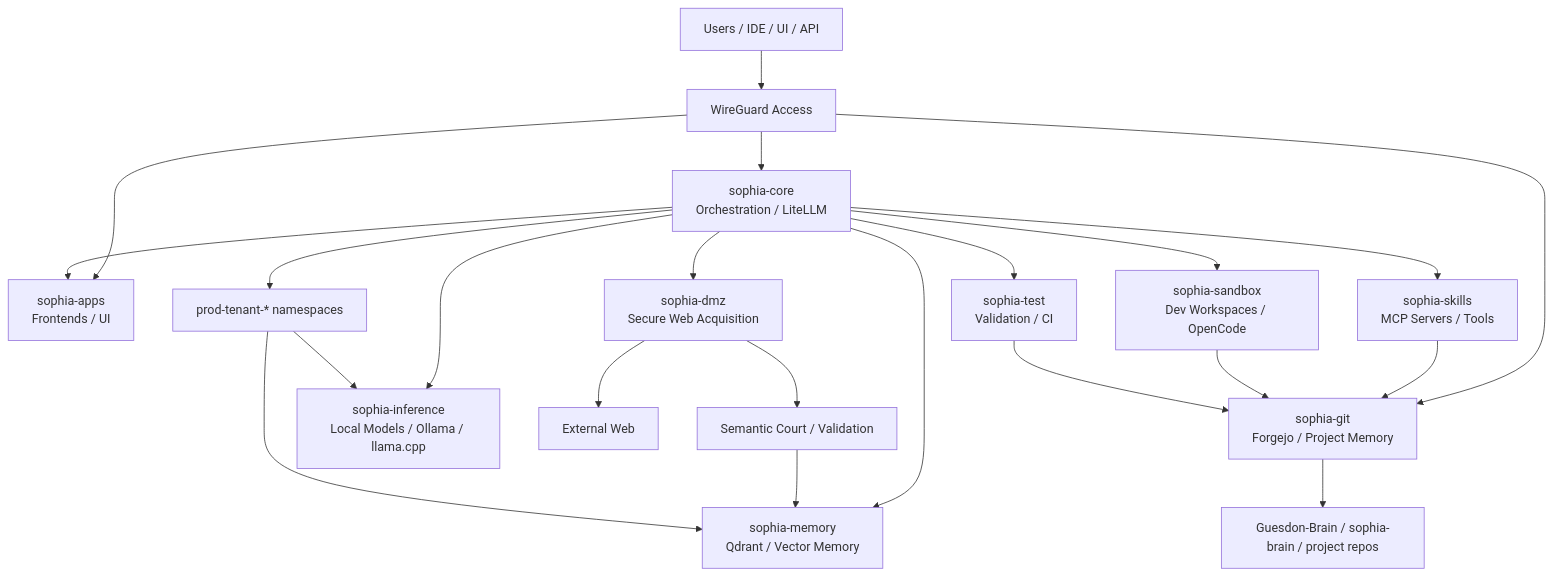
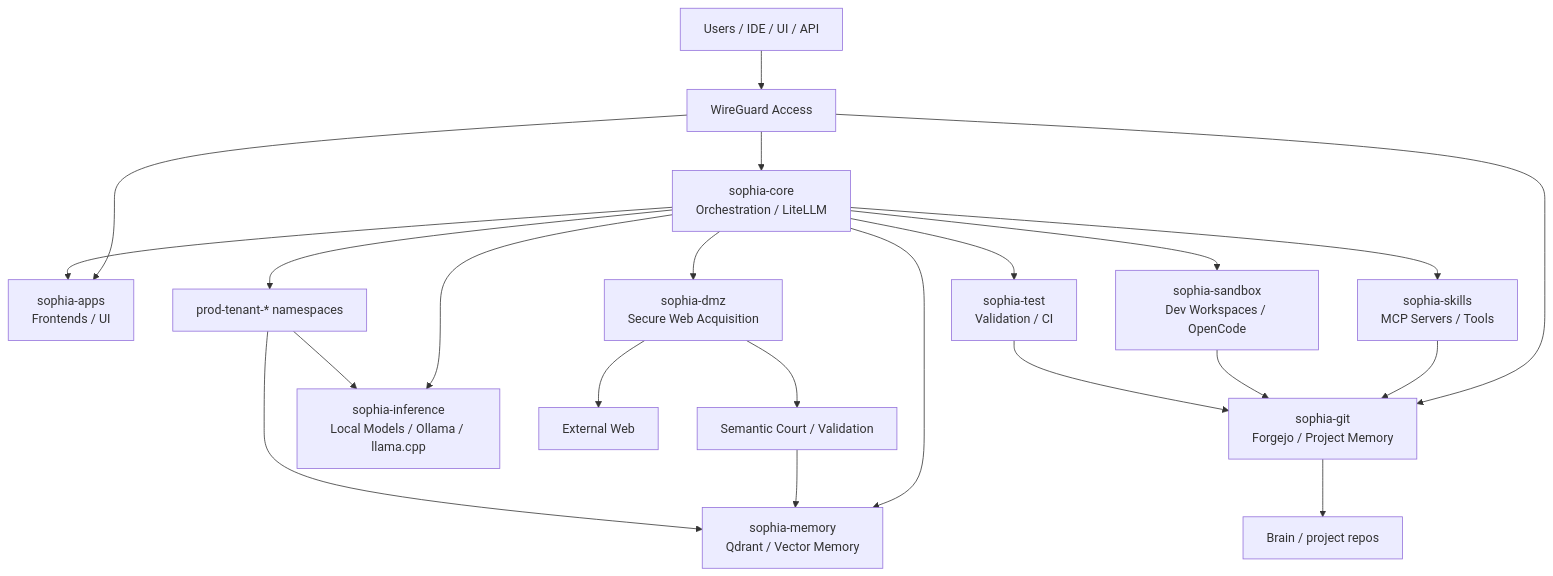
Before and after one commit to Kisai-DG-SLU/sophia-platform: the diagram in README.en.md, drawn with Mermaid. The commit also changed 2 other files, not shown here.

Commit message:
docs: anonymisation — domaine du routeur de modèles, réseau du VPN et nom du dépôt privé remplacés par des variables

````diff
--- a/README.en.md
+++ b/README.en.md
@@ -65,33 +65,33 @@
 ```mermaid
 flowchart TB
     U[Users / IDE / UI / API]
     WG[WireGuard Access]
     U --> WG
 
     WG --> APPS[sophia-apps\nFrontends / UI]
     WG --> CORE[sophia-core\nOrchestration / LiteLLM]
     WG --> GIT[sophia-git\nForgejo / Project Memory]
 
     CORE --> INFER[sophia-inference\nLocal Models / Ollama / llama.cpp]
     CORE --> MEM[sophia-memory\nQdrant / Vector Memory]
     CORE --> SKILLS[sophia-skills\nMCP Servers / Tools]
     CORE --> DMZ[sophia-dmz\nSecure Web Acquisition]
     CORE --> SANDBOX[sophia-sandbox\nDev Workspaces / OpenCode]
     CORE --> TEST[sophia-test\nValidation / CI]
     CORE --> APPS
 
     SKILLS --> GIT
     SANDBOX --> GIT
     TEST --> GIT
 
     DMZ --> WEB[External Web]
     DMZ --> COURT[Semantic Court / Validation]
     COURT --> MEM
 
-    GIT --> BRAIN[Guesdon-Brain / sophia-brain / project repos]
+    GIT --> BRAIN[Brain / project repos]
 
     PROD[prod-tenant-* namespaces]
     CORE --> PROD
     PROD --> MEM
     PROD --> INFER
 ```
````
